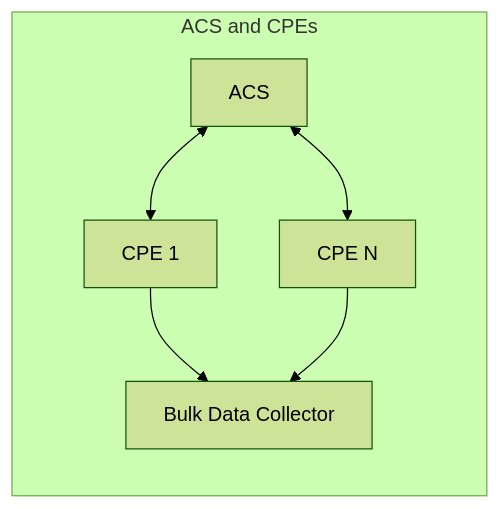
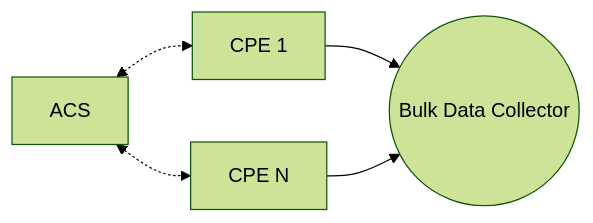
Before and after one commit to zdrgeo/bulk-data-collector: the first of 2 diagrams in readme.md, drawn with Mermaid (forest theme). The commit also changed other lines of this file, not shown here.

Commit message:
Improve Readme

````diff
--- a/readme.md
+++ b/readme.md
@@ -17,11 +17,9 @@
 ```mermaid
 graph LR
-    subgraph ACSandCPEs[ACS and CPEs]
-        ACS[ACS]
-        ACS <--> CPE1
-        ACS <--> CPEn
-        CPE1[CPE 1] --> BDC
-        CPEn[CPE N] --> BDC
-        BDC[Bulk Data Collector]
-    end
+    ACS[ACS]
+    ACS <-.-> CPE1
+    ACS <-.-> CPEn
+    CPE1[CPE 1] --> BDC
+    CPEn[CPE N] --> BDC
+    BDC((Bulk Data Collector))
 ```
````
